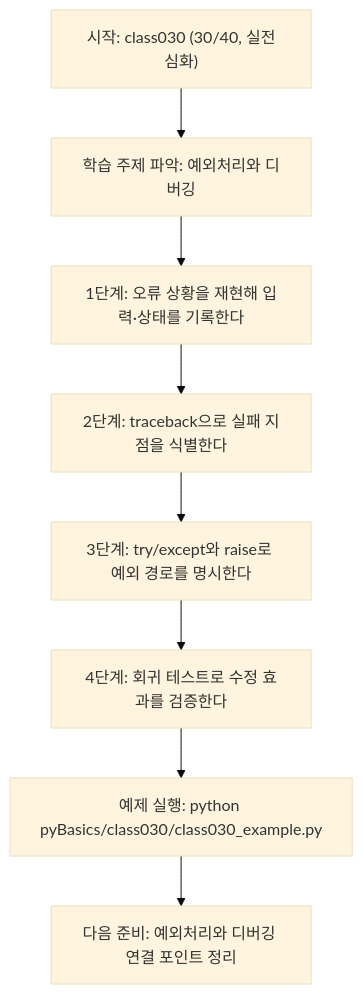
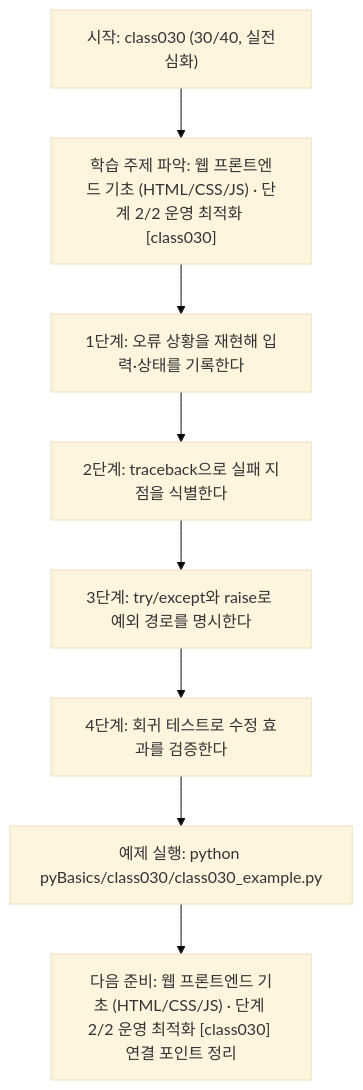
One commit to edumgt/Python-AI_Agent-Class changed the diagram in pyBasics/class030/class030.md. Above: the diagram before and after it, drawn with Mermaid (base theme). The commit also changed other lines of this file and 522 other files, not shown here.

````diff
--- a/pyBasics/class030/class030.md
+++ b/pyBasics/class030/class030.md
@@ -108,18 +108,18 @@
 ```mermaid
 flowchart TD
 N1["시작: class030 (30/40, 실전심화)"]
-N2["학습 주제 파악: 예외처리와 디버깅"]
+N2["학습 주제 파악: 웹 프론트엔드 기초 (HTML/CSS/JS) · 단계 2/2 운영 최적화 [class030]"]
 N3["1단계: 오류 상황을 재현해 입력·상태를 기록한다"]
 N4["2단계: traceback으로 실패 지점을 식별한다"]
 N5["3단계: try/except와 raise로 예외 경로를 명시한다"]
 N6["4단계: 회귀 테스트로 수정 효과를 검증한다"]
 N7["예제 실행: python pyBasics/class030/class030_example.py"]
-N8["다음 준비: 예외처리와 디버깅 연결 포인트 정리"]
+N8["다음 준비: 웹 프론트엔드 기초 (HTML/CSS/JS) · 단계 2/2 운영 최적화 [class030] 연결 포인트 정리"]
 N1 --> N2
 N2 --> N3
 N3 --> N4
 N4 --> N5
 N5 --> N6
 N6 --> N7
 N7 --> N8
 ```
````
